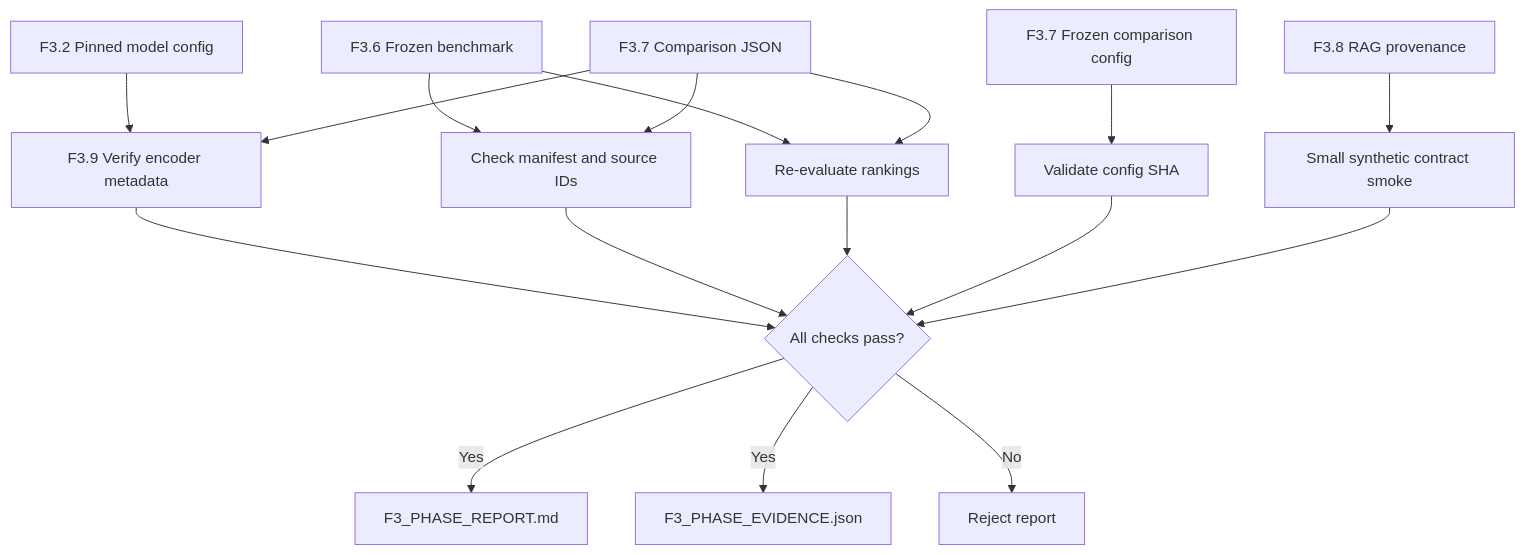
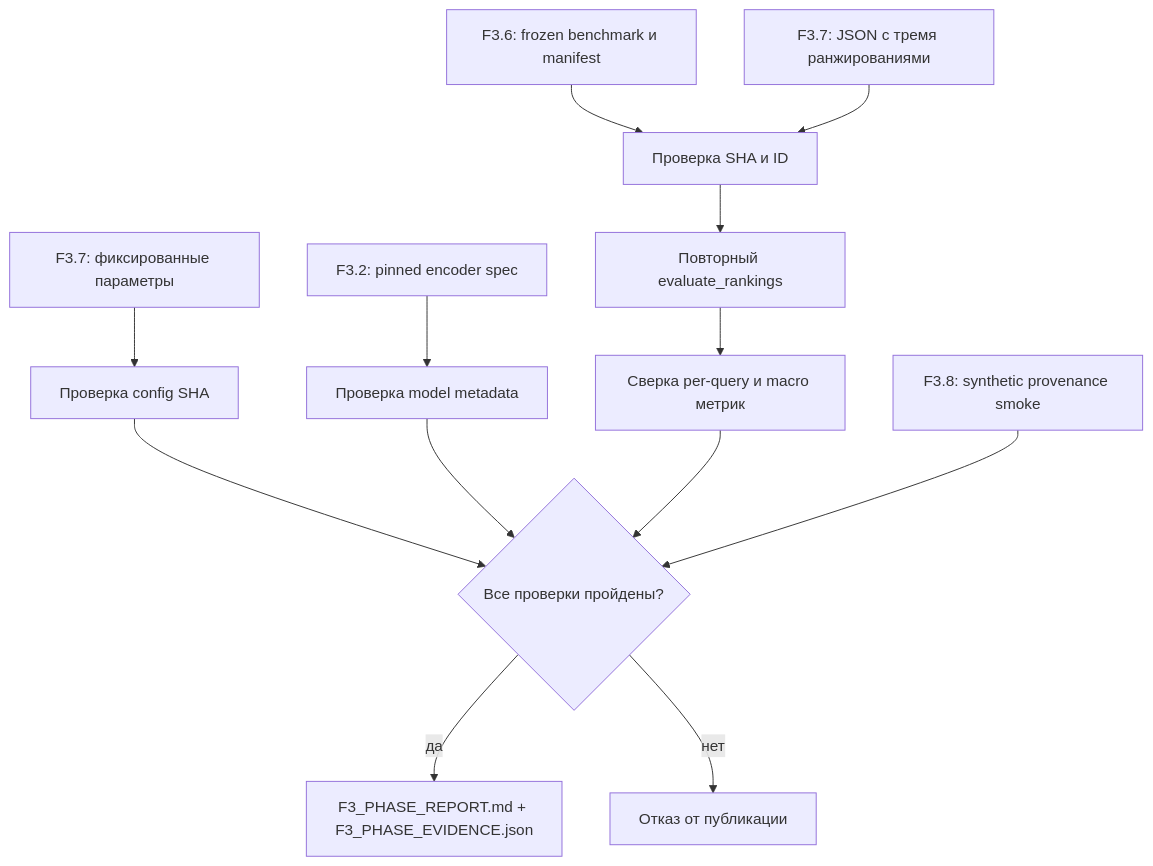
Before and after one commit to trasher88/ml-engineering-lab: the diagram in docs/steps/F3_09_final_phase_report.md, drawn with Mermaid. The commit also changed other lines of this file and 27 other files, not shown here.

````diff
--- a/docs/steps/F3_09_final_phase_report.md
+++ b/docs/steps/F3_09_final_phase_report.md
@@ -20,19 +116,15 @@
 ```mermaid
 flowchart TD
-    A[F3.2 Pinned model config] --> V[F3.9 Verify encoder metadata]
-    B[F3.6 Frozen benchmark] --> C[Check manifest and source IDs]
-    B --> D[Re-evaluate rankings]
-    E[F3.7 Comparison JSON] --> V
-    E --> C
-    E --> D
-    F[F3.7 Frozen comparison config] --> G[Validate config SHA]
-    V --> H{All checks pass?}
-    C --> H
-    D --> H
-    G --> H
-    I[F3.8 RAG provenance] --> J[Small synthetic contract smoke]
-    J --> H
-    H -->|Yes| K[F3_PHASE_REPORT.md]
-    H -->|Yes| L[F3_PHASE_EVIDENCE.json]
-    H -->|No| M[Reject report]
+    B["F3.6: frozen benchmark и manifest"] --> V[Проверка SHA и ID]
+    C["F3.7: JSON с тремя ранжированиями"] --> V
+    P["F3.7: фиксированные параметры"] --> K[Проверка config SHA]
+    M["F3.2: pinned encoder spec"] --> S[Проверка model metadata]
+    V --> R["Повторный evaluate_rankings"]
+    R --> G[Сверка per-query и macro метрик]
+    K --> A{Все проверки пройдены?}
+    S --> A
+    G --> A
+    T["F3.8: synthetic provenance smoke"] --> A
+    A -->|да| O["F3_PHASE_REPORT.md + F3_PHASE_EVIDENCE.json"]
+    A -->|нет| X[Отказ от публикации]
 ```
````
